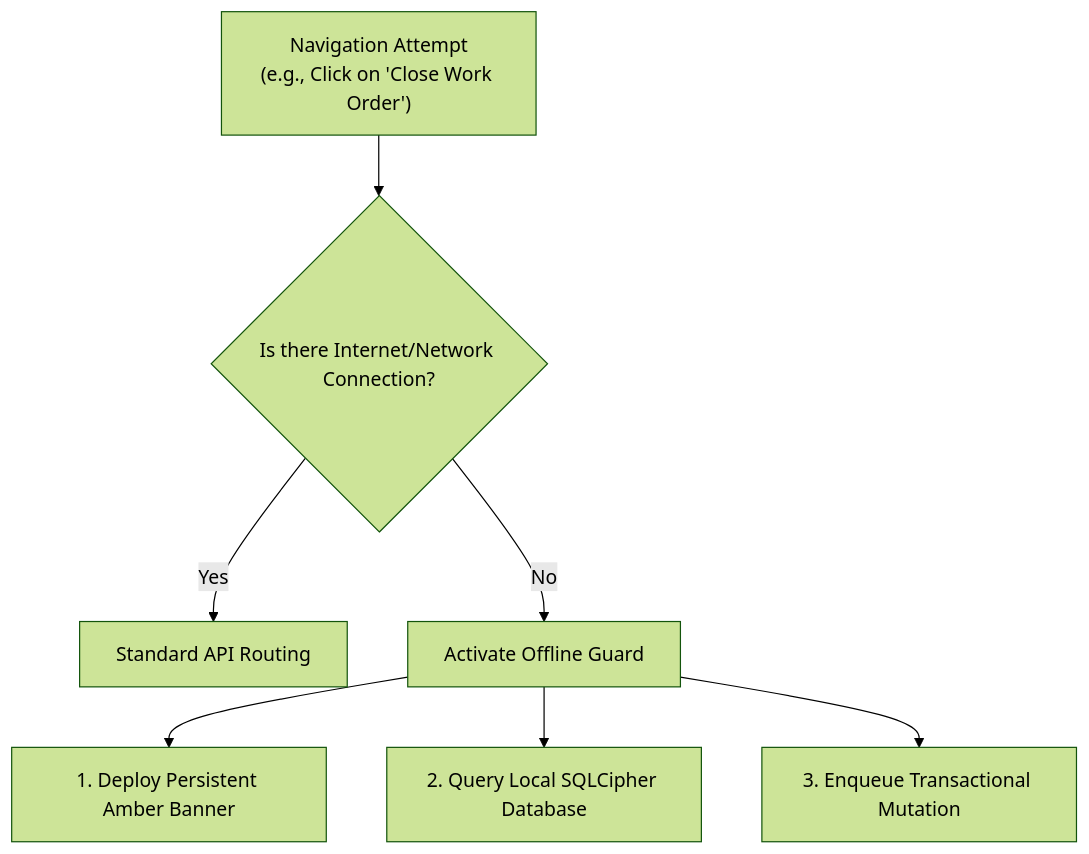
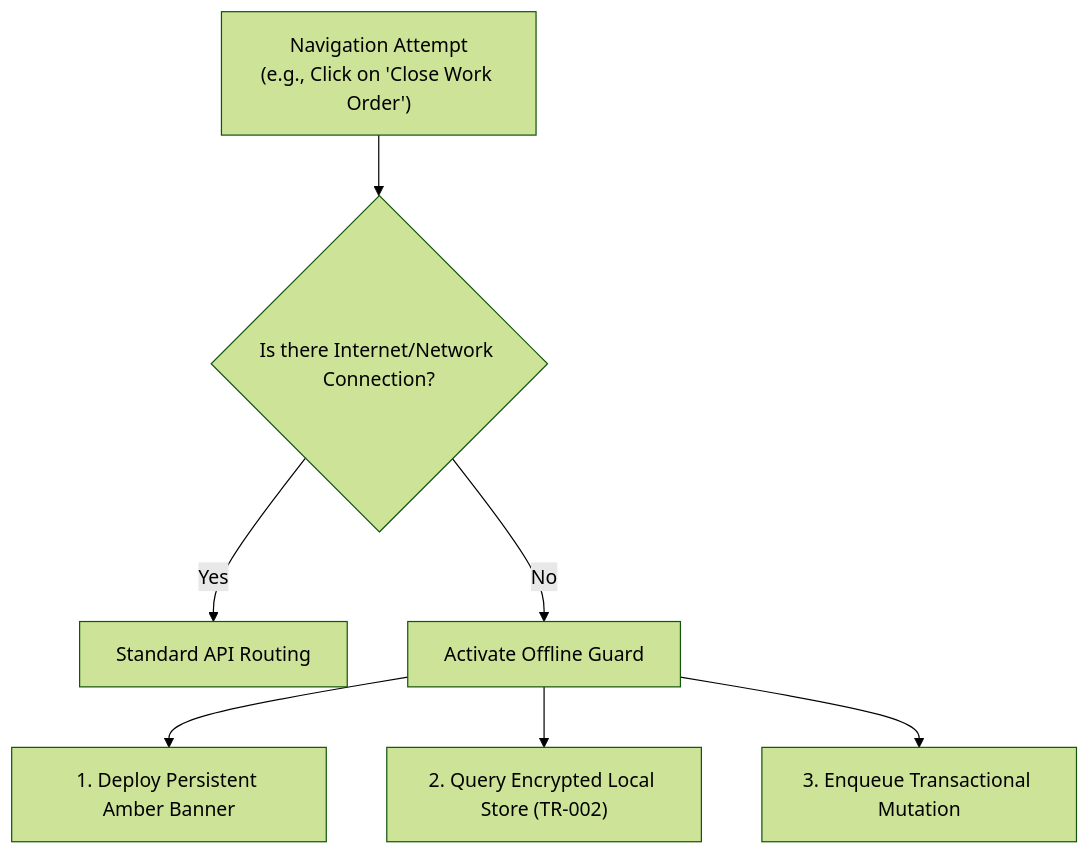
Before and after one commit to Novav20/adso-dteam-docs: the fifth of 6 diagrams in ui-ux/DT-UI-NAV-DOC-001.md, drawn with Mermaid (forest theme). The commit also changed other lines of this file and 12 other files, not shown here.

````diff
--- a/ui-ux/DT-UI-NAV-DOC-001.md
+++ b/ui-ux/DT-UI-NAV-DOC-001.md
@@ -205,9 +201,9 @@
 ```mermaid
 flowchart TD
     NavTry["Navigation Attempt<br/>(e.g., Click on 'Close Work Order')"] --> CheckConn{"Is there Internet/Network Connection?"}
     CheckConn -- "Yes" --> StdRoute["Standard API Routing"]
     CheckConn -- "No" --> OfflineGuard["Activate Offline Guard"]
     OfflineGuard --> Action1["1. Deploy Persistent Amber Banner"]
-    OfflineGuard --> Action2["2. Query Local SQLCipher Database"]
+    OfflineGuard --> Action2["2. Query Encrypted Local Store (TR-002)"]
     OfflineGuard --> Action3["3. Enqueue Transactional Mutation"]
 ```
````
